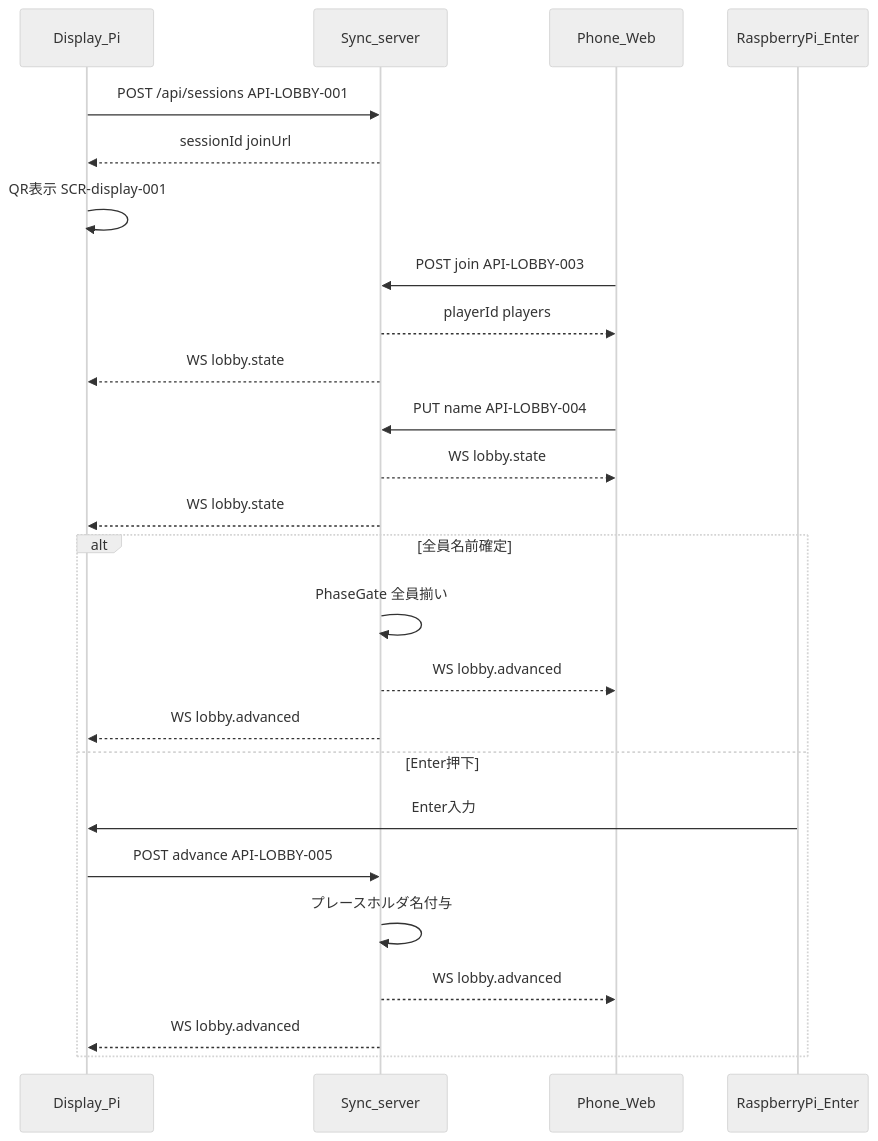
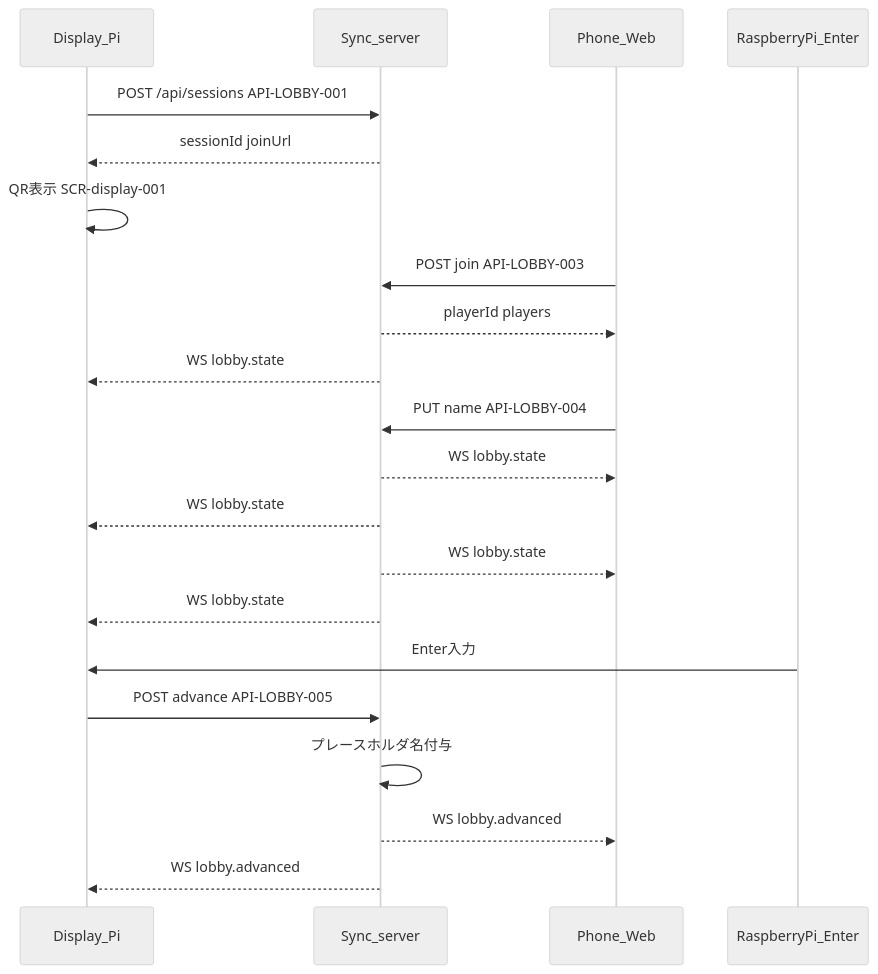
Before and after one commit to nittohbs-dev/HotStreak: the diagram in docs/design/hotstreak/features/lobby/flows.md, drawn with Mermaid (neutral theme). The commit also changed other lines of this file and 9 other files, not shown here.

````diff
--- a/docs/design/hotstreak/features/lobby/flows.md
+++ b/docs/design/hotstreak/features/lobby/flows.md
@@ -5,28 +5,24 @@
 ```mermaid
 sequenceDiagram
   participant Display as Display_Pi
   participant Sync as Sync_server
   participant Phone as Phone_Web
   participant Enter as RaspberryPi_Enter
 
   Display->>Sync: POST /api/sessions API-LOBBY-001
   Sync-->>Display: sessionId joinUrl
   Display->>Display: QR表示 SCR-display-001
   Phone->>Sync: POST join API-LOBBY-003
   Sync-->>Phone: playerId players
   Sync-->>Display: WS lobby.state
   Phone->>Sync: PUT name API-LOBBY-004
   Sync-->>Phone: WS lobby.state
   Sync-->>Display: WS lobby.state
-  alt 全員名前確定
-    Sync->>Sync: PhaseGate 全員揃い
-    Sync-->>Phone: WS lobby.advanced
-    Sync-->>Display: WS lobby.advanced
-  else Enter押下
-    Enter->>Display: Enter入力
-    Display->>Sync: POST advance API-LOBBY-005
-    Sync->>Sync: プレースホルダ名付与
-    Sync-->>Phone: WS lobby.advanced
-    Sync-->>Display: WS lobby.advanced
-  end
+  Sync-->>Phone: WS lobby.state
+  Sync-->>Display: WS lobby.state
+  Enter->>Display: Enter入力
+  Display->>Sync: POST advance API-LOBBY-005
+  Sync->>Sync: プレースホルダ名付与
+  Sync-->>Phone: WS lobby.advanced
+  Sync-->>Display: WS lobby.advanced
 ```
````
